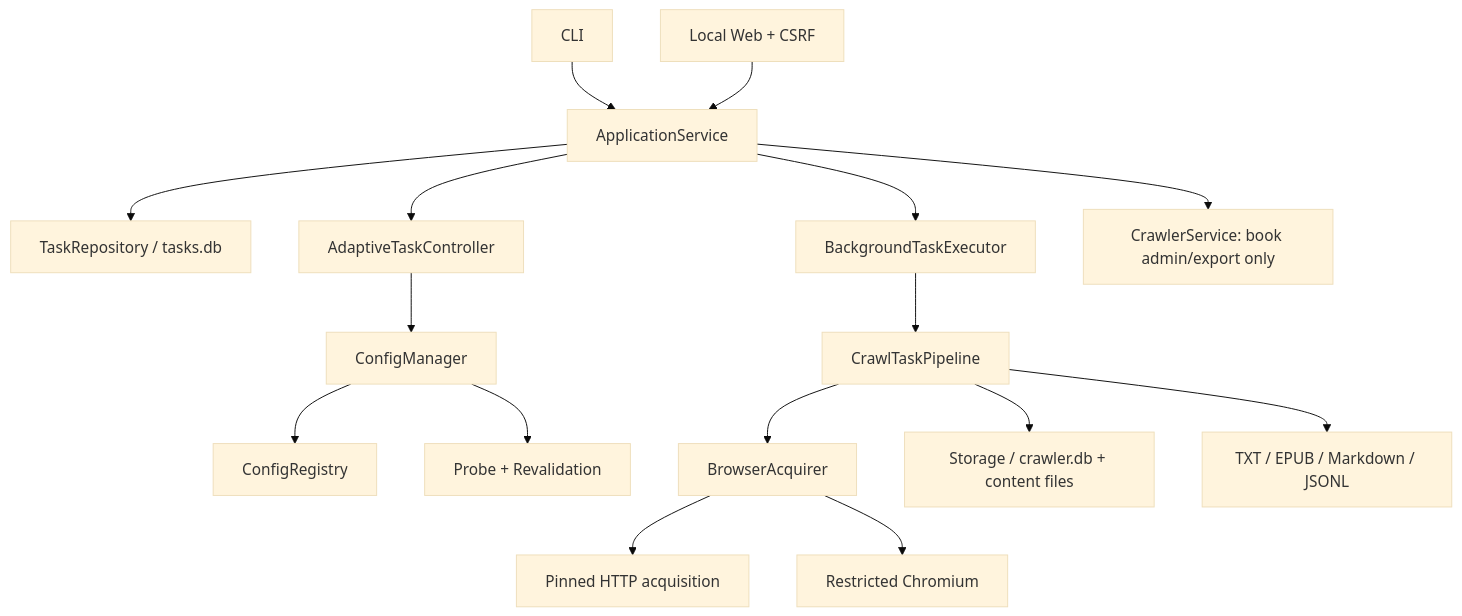
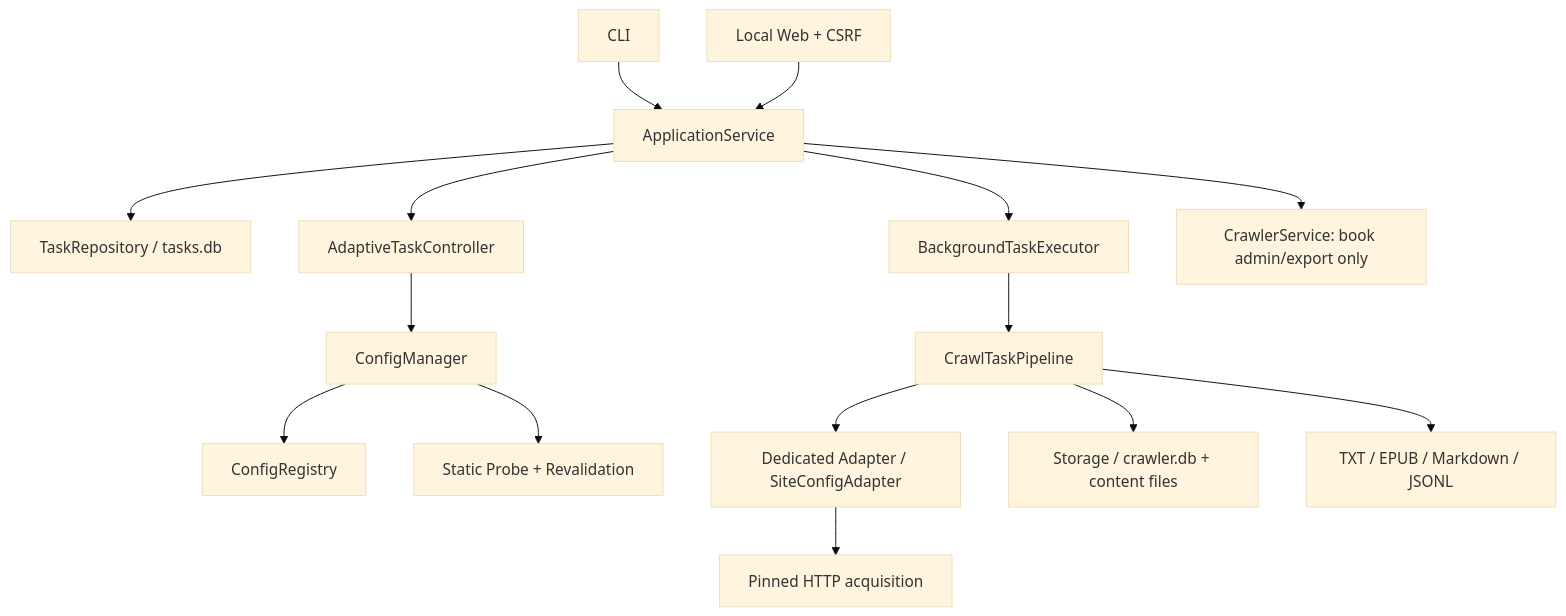
Before and after one commit to guozhengit/Novel-Crawler: the first of 2 diagrams in docs/ARCHITECTURE.md, drawn with Mermaid (base theme). The commit also changed other lines of this file and 40 other files, not shown here.

````diff
--- a/docs/ARCHITECTURE.md
+++ b/docs/ARCHITECTURE.md
@@ -5,18 +5,17 @@
 ```mermaid
 flowchart TD
     CLI["CLI"] --> APP["ApplicationService"]
     WEB["Local Web + CSRF"] --> APP
     APP --> REPO["TaskRepository / tasks.db"]
     APP --> EXEC["BackgroundTaskExecutor"]
     APP --> CTRL["AdaptiveTaskController"]
     APP --> LEGACY["CrawlerService: book admin/export only"]
     EXEC --> PIPE["CrawlTaskPipeline"]
     CTRL --> MANAGER["ConfigManager"]
     MANAGER --> REG["ConfigRegistry"]
-    MANAGER --> PROBE["Probe + Revalidation"]
-    PIPE --> ACQ["BrowserAcquirer"]
-    ACQ --> HTTP["Pinned HTTP acquisition"]
-    ACQ --> BROWSER["Restricted Chromium"]
+    MANAGER --> PROBE["Static Probe + Revalidation"]
+    PIPE --> ROUTE["Dedicated Adapter / SiteConfigAdapter"]
+    ROUTE --> HTTP["Pinned HTTP acquisition"]
     PIPE --> STORE["Storage / crawler.db + content files"]
     PIPE --> EXPORT["TXT / EPUB / Markdown / JSONL"]
 ```
````
